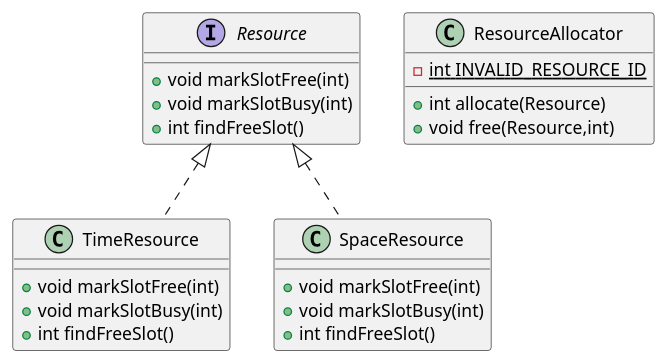
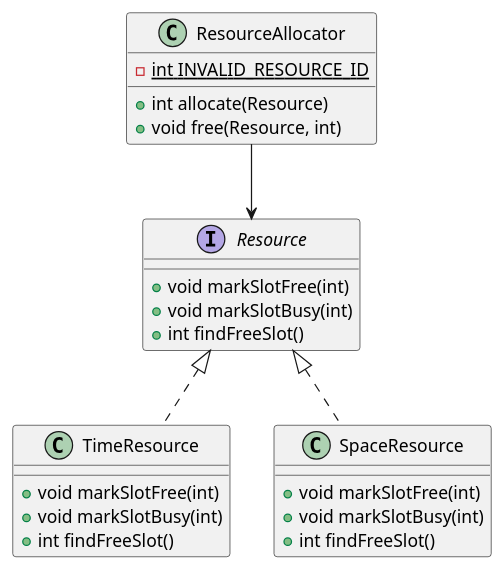
One commit to mouralisandra/S.O.L.I.D changed the diagram in OCPRef.puml. Above: the diagram before and after it, drawn with PlantUML. The commit also changed 2 other files, not shown here.

```diff
--- a/OCPRef.puml
+++ b/OCPRef.puml
@@ -1,26 +1,29 @@
 @startuml
 class TimeResource {
-+ void markSlotFree(int)
-+ void markSlotBusy(int)
-+ int findFreeSlot()
-}
-class SpaceResource {
-+ void markSlotFree(int)
-+ void markSlotBusy(int)
-+ int findFreeSlot()
-}
-class ResourceAllocator {
-- {static} int INVALID_RESOURCE_ID
-+ int allocate(Resource)
-+ void free(Resource,int)
-}
-interface Resource {
-+ void markSlotFree(int)
-+ void markSlotBusy(int)
-+ int findFreeSlot()
+    + void markSlotFree(int)
+    + void markSlotBusy(int)
+    + int findFreeSlot()
 }
 
+class SpaceResource {
+    + void markSlotFree(int)
+    + void markSlotBusy(int)
+    + int findFreeSlot()
+}
+
+class ResourceAllocator {
+    - {static} int INVALID_RESOURCE_ID
+    + int allocate(Resource)
+    + void free(Resource, int)
+}
+
+interface Resource {
+    + void markSlotFree(int)
+    + void markSlotBusy(int)
+    + int findFreeSlot()
+}
 
 Resource <|.. TimeResource
 Resource <|.. SpaceResource
+ResourceAllocator --> Resource
 @enduml
```
